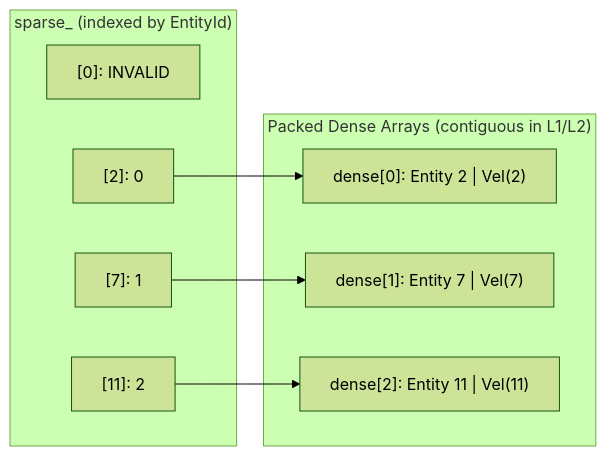
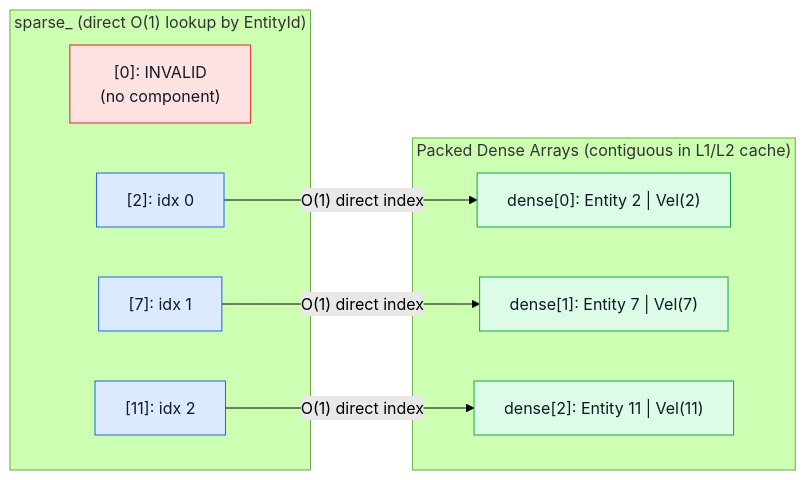
The diagram in lessons/SparseSet/Tutorial/en.md (LevyArsOS/cpp-lessons), drawn with Mermaid (forest theme) before and after one commit. The commit also changed other lines of this file and 9 other files, not shown here.

First line of the commit message:
docs(tutorials): upgrade Mermaid diagrams and clarify systems jargon

````diff
--- a/lessons/SparseSet/Tutorial/en.md
+++ b/lessons/SparseSet/Tutorial/en.md
@@ -33,19 +33,24 @@
 ```mermaid
 flowchart LR
-    subgraph Sparse["sparse_ (indexed by EntityId)"]
-        S0["[0]: INVALID"]
-        S2["[2]: 0"]
-        S7["[7]: 1"]
-        S11["[11]: 2"]
+    classDef slow fill:#fee2e2,stroke:#dc2626,color:#111827
+    classDef fast fill:#dcfce7,stroke:#16a34a,color:#111827
+    classDef cpu fill:#dbeafe,stroke:#2563eb,color:#111827
+    classDef warn fill:#fef3c7,stroke:#d97706,color:#111827
+
+    subgraph Sparse["sparse_ (direct O(1) lookup by EntityId)"]
+        S0["[0]: INVALID<br/>(no component)"]:::slow
+        S2["[2]: idx 0"]:::cpu
+        S7["[7]: idx 1"]:::cpu
+        S11["[11]: idx 2"]:::cpu
     end
 
-    subgraph Dense["Packed Dense Arrays (contiguous in L1/L2)"]
-        D0["dense[0]: Entity 2 | Vel(2)"]
-        D1["dense[1]: Entity 7 | Vel(7)"]
-        D2["dense[2]: Entity 11 | Vel(11)"]
+    subgraph Dense["Packed Dense Arrays (contiguous in L1/L2 cache)"]
+        D0["dense[0]: Entity 2 | Vel(2)"]:::fast
+        D1["dense[1]: Entity 7 | Vel(7)"]:::fast
+        D2["dense[2]: Entity 11 | Vel(11)"]:::fast
     end
 
-    S2 --> D0
-    S7 --> D1
-    S11 --> D2
+    S2 -->|"O(1) direct index"| D0
+    S7 -->|"O(1) direct index"| D1
+    S11 -->|"O(1) direct index"| D2
 ```
````
